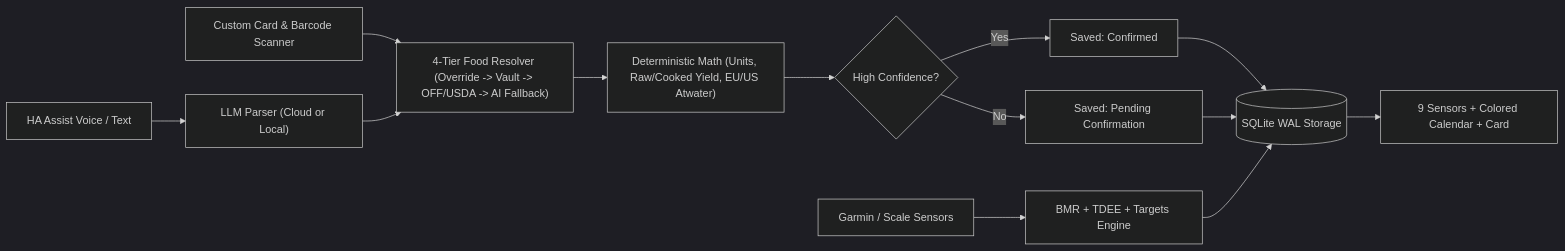
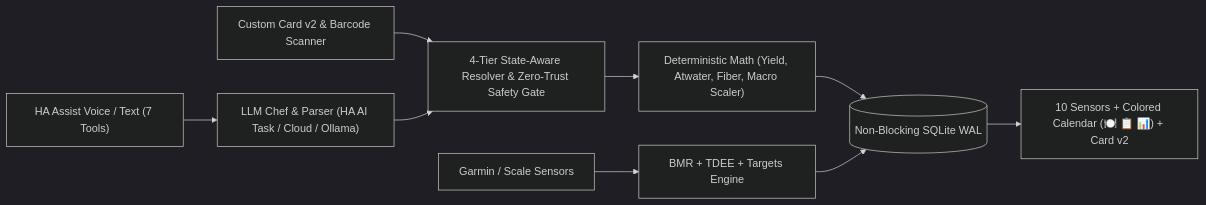
Before and after one commit to nicobarlaba/ha-calories-buddy: the diagram in README.md, drawn with Mermaid (dark theme). The commit also changed other lines of this file and 57 other files, not shown here.

Commit message:
feat: release v0.2.0 with Phase 2 dietitian, HA AI Task, fiber, and hardening

````diff
--- a/README.md
+++ b/README.md
@@ -45,15 +46,11 @@
 ```mermaid
 flowchart LR
-    VOICE["HA Assist Voice / Text"] --> PARSE["LLM Parser (Cloud or Local)"]
-    CARD["Custom Card & Barcode Scanner"] --> RESOLVE
-    PARSE --> RESOLVE["4-Tier Food Resolver (Override -> Vault -> OFF/USDA -> AI Fallback)"]
-    RESOLVE --> MATH["Deterministic Math (Units, Raw/Cooked Yield, EU/US Atwater)"]
-    MATH --> HYBRID{"High Confidence?"}
-    HYBRID -- Yes --> CONF["Saved: Confirmed"]
-    HYBRID -- No --> PEND["Saved: Pending Confirmation"]
-    CONF --> DB[("SQLite WAL Storage")]
-    PEND --> DB
+    VOICE["HA Assist Voice / Text (7 Tools)"] --> PARSE["LLM Chef & Parser (HA AI Task / Cloud / Ollama)"]
+    CARD["Custom Card v2 & Barcode Scanner"] --> RESOLVE
+    PARSE --> RESOLVE["4-Tier State-Aware Resolver & Zero-Trust Safety Gate"]
+    RESOLVE --> MATH["Deterministic Math (Yield, Atwater, Fiber, Macro Scaler)"]
+    MATH --> STORAGE[("Non-Blocking SQLite WAL")]
     HA_SENS["Garmin / Scale Sensors"] --> PHYS["BMR + TDEE + Targets Engine"]
-    PHYS --> DB
-    DB --> ENT["9 Sensors + Colored Calendar + Card"]
+    PHYS --> STORAGE
+    STORAGE --> ENT["10 Sensors + Colored Calendar (🍽️ 📋 📊) + Card v2"]
 ```
````
